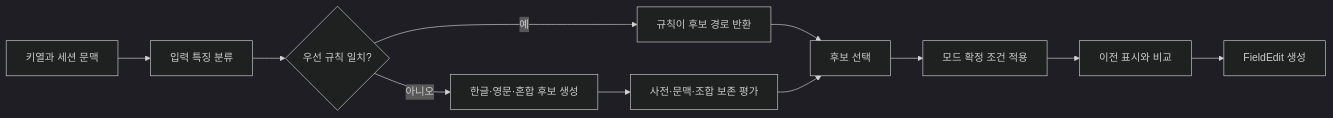
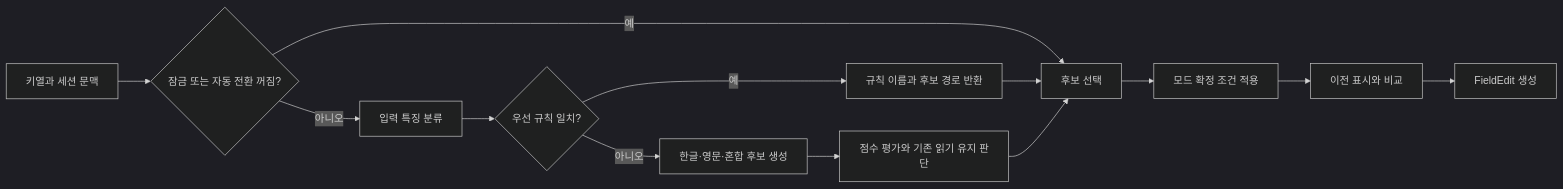
One commit to iasandcb/seto changed the first of 2 diagrams in docs/proposal.md. Above: the diagram before and after it, drawn with Mermaid (dark theme). The commit also changed other lines of this file and 7 other files, not shown here.

````diff
--- a/docs/proposal.md
+++ b/docs/proposal.md
@@ -55,13 +55,15 @@
 ```mermaid
 flowchart LR
-    A[키열과 세션 문맥] --> B[입력 특징 분류]
+    A[키열과 세션 문맥] --> L{잠금 또는 자동 전환 꺼짐?}
+    L -- 예 --> G[후보 선택]
+    L -- 아니오 --> B[입력 특징 분류]
     B --> C{우선 규칙 일치?}
-    C -- 예 --> D[규칙이 후보 경로 반환]
+    C -- 예 --> D[규칙 이름과 후보 경로 반환]
     C -- 아니오 --> E[한글·영문·혼합 후보 생성]
-    E --> F[사전·문맥·조합 보존 평가]
-    D --> G[후보 선택]
+    E --> F[점수 평가와 기존 읽기 유지 판단]
+    D --> G
     F --> G
     G --> H[모드 확정 조건 적용]
     H --> I[이전 표시와 비교]
     I --> J[FieldEdit 생성]
 ```
````
